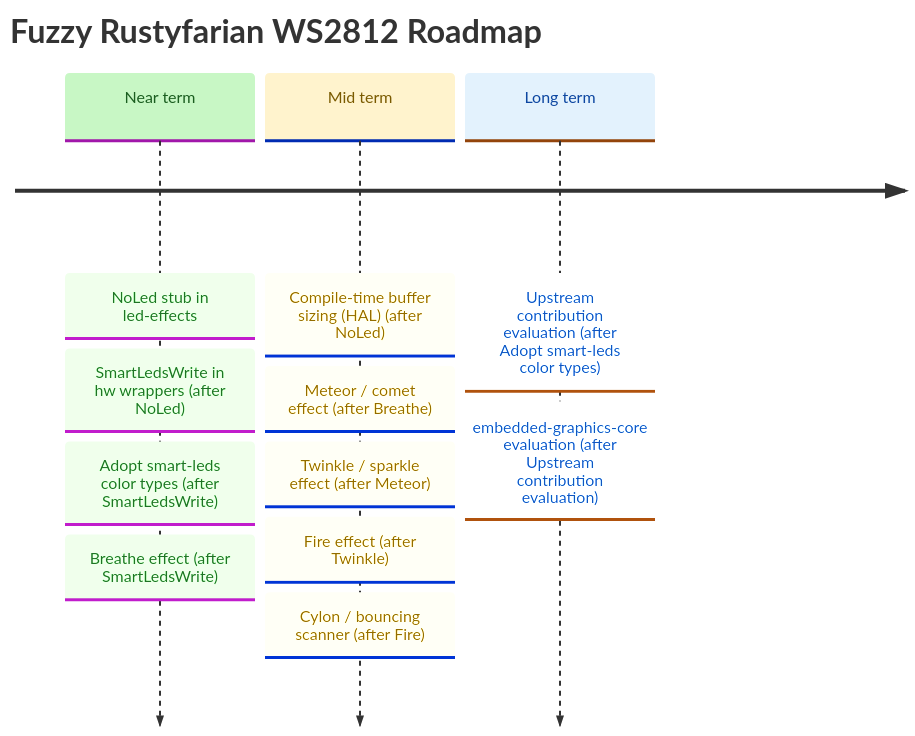
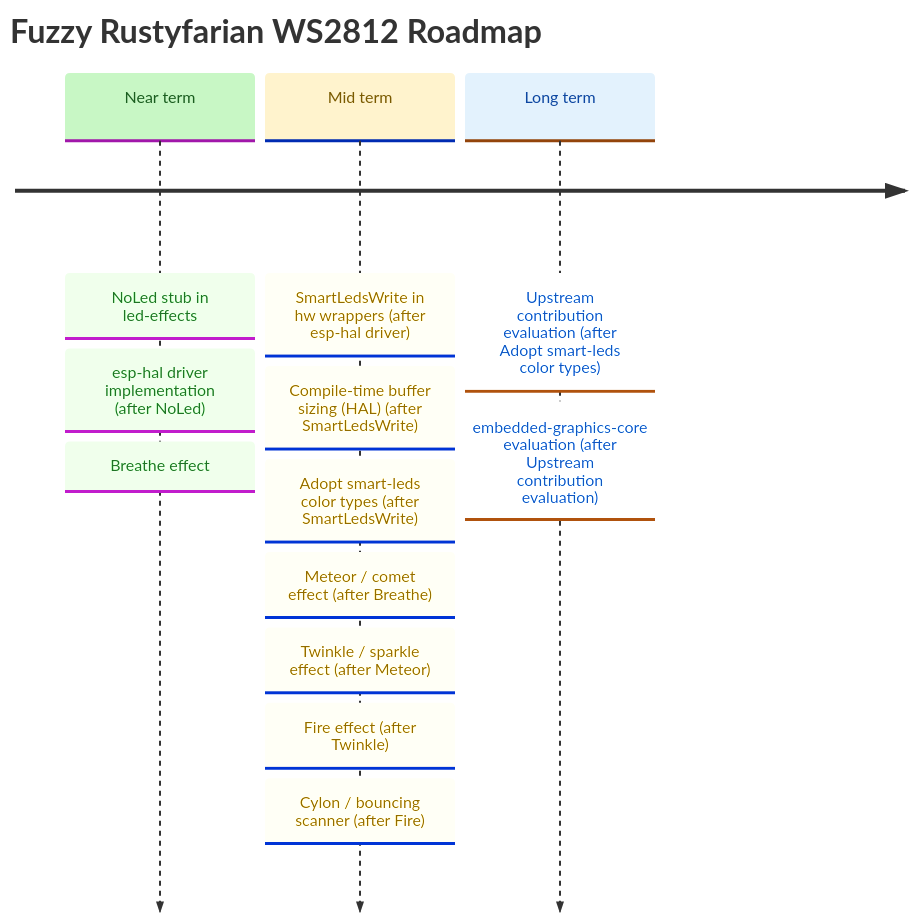
The diagram in docs/ROADMAP.md (datenkollektiv/rustyfarian-ws2812), drawn with Mermaid before and after one commit. The commit also changed other lines of this file and 3 other files, not shown here.

````diff
--- a/docs/ROADMAP.md
+++ b/docs/ROADMAP.md
@@ -8,30 +9,31 @@
 ```mermaid
 %%{init: {
   "theme": "base",
   "themeVariables": {
     "cScale0": "#c8f7c5",
     "cScaleLabel0": "#1b5e20",
     "cScale1": "#fff3cd",
     "cScaleLabel1": "#7a5a00",
     "cScale2": "#e3f2fd",
     "cScaleLabel2": "#0d47a1"
   }
 }}%%
 
 timeline
     title Fuzzy Rustyfarian WS2812 Roadmap
 
     Near term : NoLed stub in led-effects
-              : SmartLedsWrite in hw wrappers (after NoLed)
+              : esp-hal driver implementation (after NoLed)
+              : Breathe effect
+
+    Mid term  : SmartLedsWrite in hw wrappers (after esp-hal driver)
+              : Compile-time buffer sizing (HAL) (after SmartLedsWrite)
               : Adopt smart-leds color types (after SmartLedsWrite)
-              : Breathe effect (after SmartLedsWrite)
-
-    Mid term  : Compile-time buffer sizing (HAL) (after NoLed)
               : Meteor / comet effect (after Breathe)
               : Twinkle / sparkle effect (after Meteor)
               : Fire effect (after Twinkle)
               : Cylon / bouncing scanner (after Fire)
 
     Long term : Upstream contribution evaluation (after Adopt smart-leds color types)
               : embedded-graphics-core evaluation (after Upstream contribution evaluation)
 ```
````
